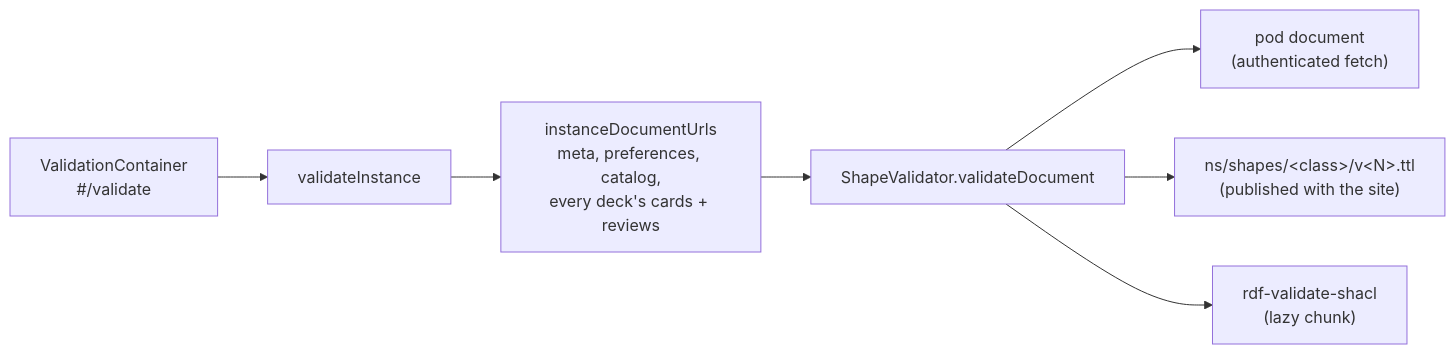
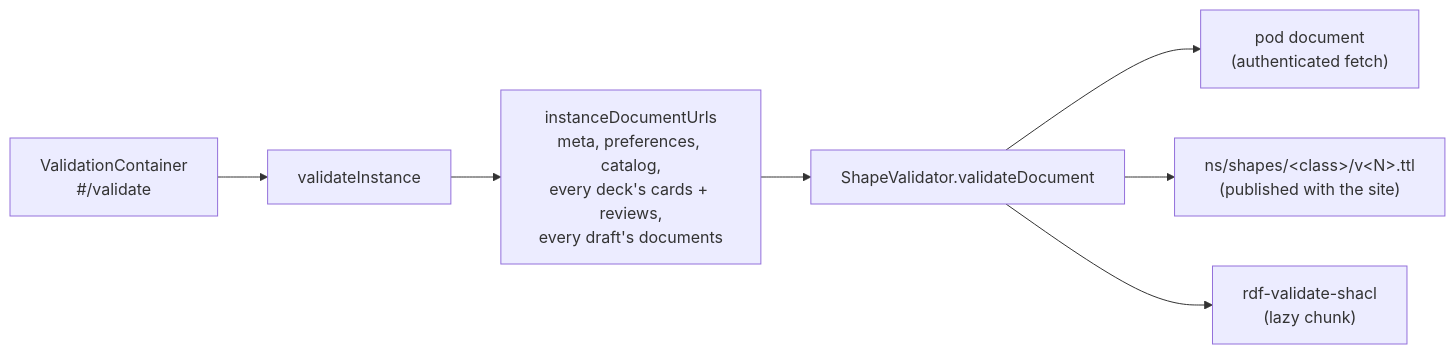
The diagram in docs/validation.md (solid-memo/website), drawn with Mermaid before and after one commit. The commit also changed other lines of this file and 78 other files, not shown here.

````diff
--- a/docs/validation.md
+++ b/docs/validation.md
@@ -32,9 +32,9 @@
 ```mermaid
 flowchart LR
     ui["ValidationContainer<br/>#/validate"] --> uc["validateInstance"]
-    uc --> docs["instanceDocumentUrls<br/>meta, preferences, catalog,<br/>every deck's cards + reviews"]
+    uc --> docs["instanceDocumentUrls<br/>meta, preferences, catalog,<br/>every deck's cards + reviews,<br/>every draft's documents"]
     docs --> port["ShapeValidator.validateDocument"]
     port --> pod["pod document<br/>(authenticated fetch)"]
     port --> shapes["ns/shapes/&lt;class&gt;/v&lt;N&gt;.ttl<br/>(published with the site)"]
     port --> engine["rdf-validate-shacl<br/>(lazy chunk)"]
 ```
````
